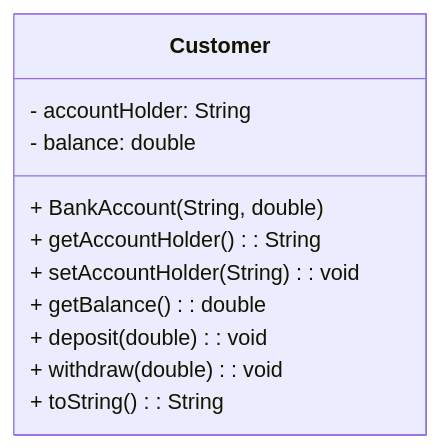
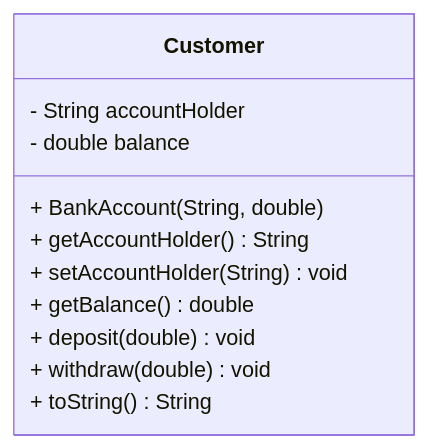
The first of 5 diagrams in README.md (jayani-athukorala/java-oop-exercise), drawn with Mermaid before and after one commit.

Commit message:
modify UML for ex1

````diff
--- a/README.md
+++ b/README.md
@@ -25,14 +25,14 @@
 ```mermaid
 classDiagram
     class Customer {
-        - accountHolder: String
-        - balance: double 
+        - String accountHolder
+        - double balance  
         + BankAccount(String, double)
-        + getAccountHolder(): String
-        + setAccountHolder(String): void
-        + getBalance(): double
-        + deposit(double): void
-        + withdraw(double): void 
-        + toString(): String 
+        + getAccountHolder() String
+        + setAccountHolder(String) void
+        + getBalance() double
+        + deposit(double) void
+        + withdraw(double) void 
+        + toString() String 
     }
 ```
````
